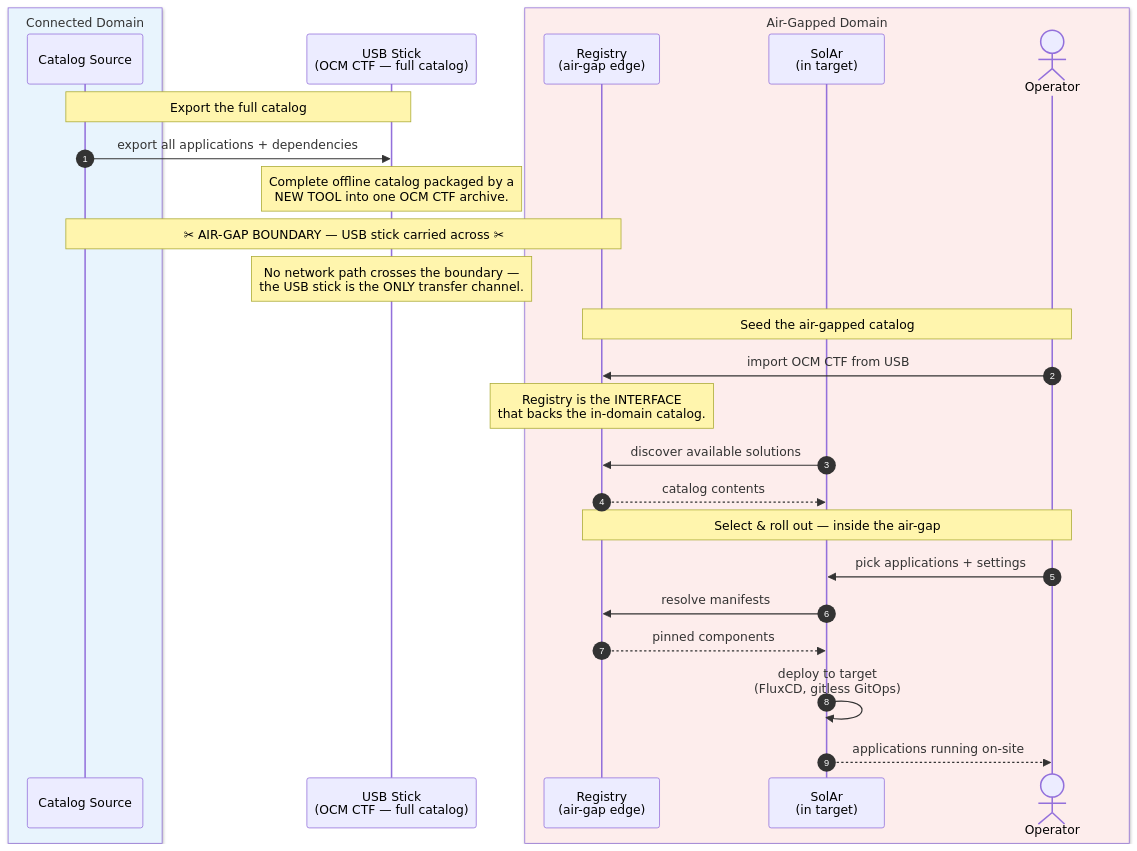
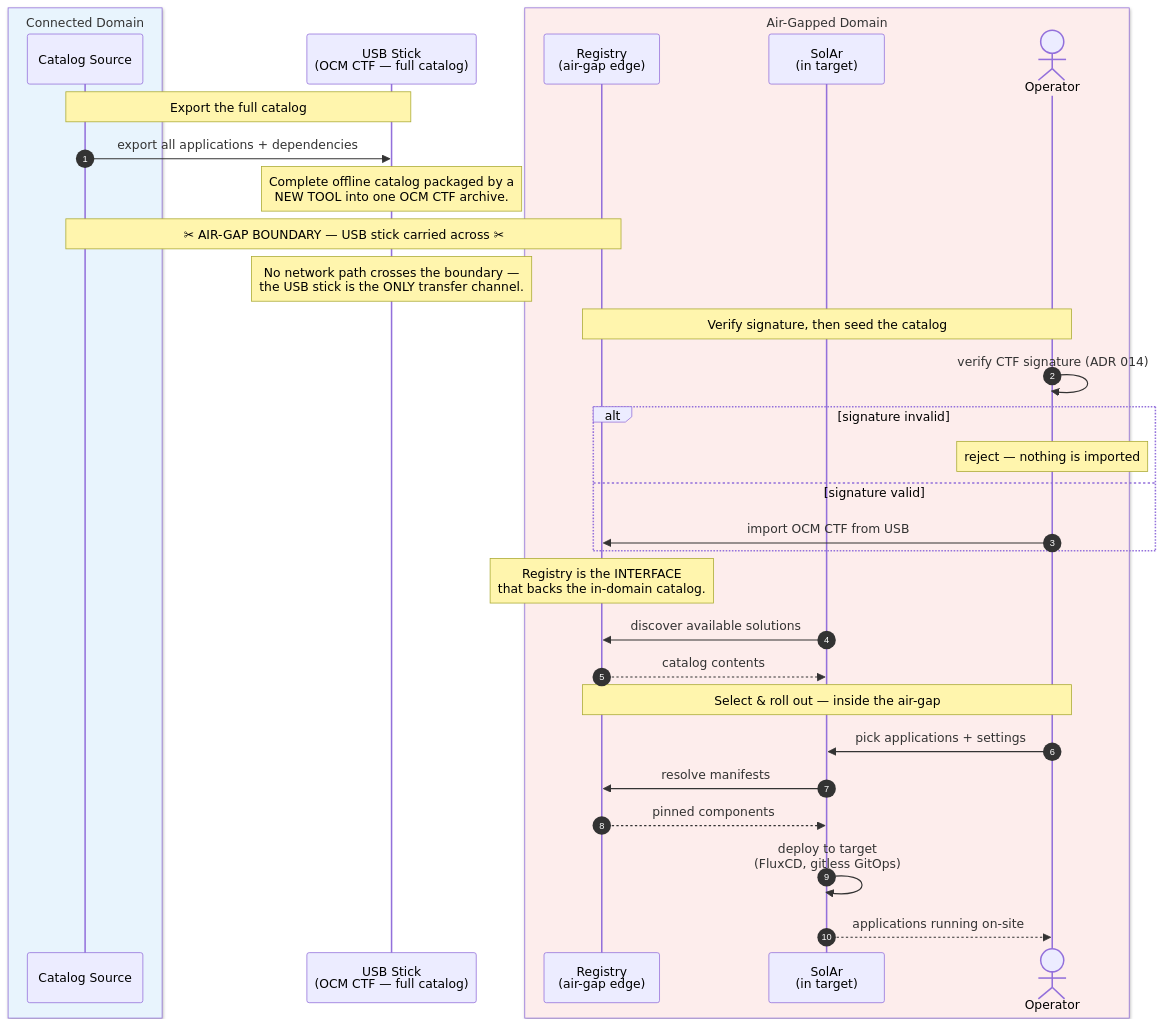
Before and after one commit to opendefensecloud/solution-arsenal: the first of 2 diagrams in docs/developer-guide/adrs/016-airgapped-catalog-chaining.md, drawn with Mermaid. The commit also changed other lines of this file and 2 other files, not shown here.

Commit message:
docs(adr-016): fixed by review comments

````diff
--- a/docs/developer-guide/adrs/016-airgapped-catalog-chaining.md
+++ b/docs/developer-guide/adrs/016-airgapped-catalog-chaining.md
@@ -98,36 +101,41 @@
 ```mermaid
 sequenceDiagram
     autonumber
 
     box rgb(232,244,253) Connected Domain
         participant Src as Catalog Source
     end
 
     participant USB as USB Stick<br/>(OCM CTF — full catalog)
 
     box rgb(253,237,236) Air-Gapped Domain
         participant Reg as Registry<br/>(air-gap edge)
         participant SolAr as SolAr<br/>(in target)
         actor User as Operator
     end
 
     Note over Src,USB: Export the full catalog
     Src->>USB: export all applications + dependencies
     Note over USB: Complete offline catalog packaged by a<br/>NEW TOOL into one OCM CTF archive.
 
     Note over Src,Reg: ✂ AIR-GAP BOUNDARY — USB stick carried across ✂
     Note over USB: No network path crosses the boundary —<br/>the USB stick is the ONLY transfer channel.
 
-    Note over Reg,User: Seed the air-gapped catalog
-    User->>Reg: import OCM CTF from USB
+    Note over Reg,User: Verify signature, then seed the catalog
+    User->>User: verify CTF signature (ADR 014)
+    alt signature invalid
+        Note over User: reject — nothing is imported
+    else signature valid
+        User->>Reg: import OCM CTF from USB
+    end
     Note over Reg: Registry is the INTERFACE<br/>that backs the in-domain catalog.
     SolAr->>Reg: discover available solutions
     Reg-->>SolAr: catalog contents
 
     Note over Reg,User: Select & roll out — inside the air-gap
     User->>SolAr: pick applications + settings
     SolAr->>Reg: resolve manifests
     Reg-->>SolAr: pinned components
     SolAr->>SolAr: deploy to target<br/>(FluxCD, gitless GitOps)
     SolAr-->>User: applications running on-site
 ```
````
